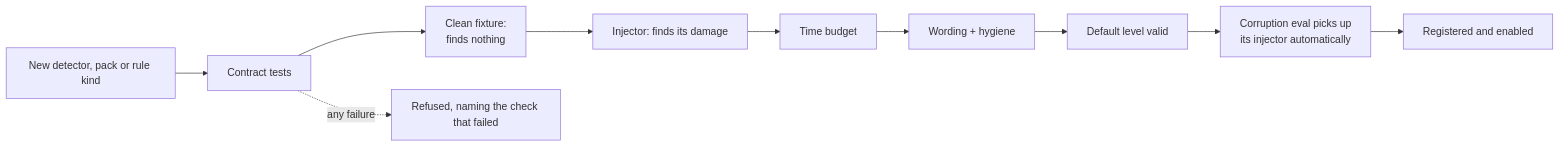
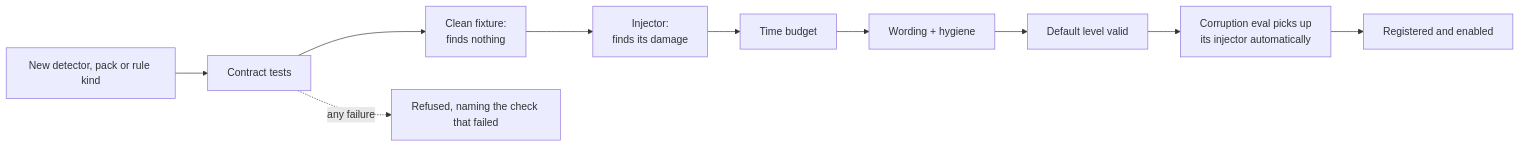
Before and after one commit to n1mk1/sherlock: diagram 12 of 16 in docs/plans/cleaner-detectors-and-severity.md, drawn with Mermaid. The commit also changed other lines of this file, not shown here.

````diff
--- a/docs/plans/cleaner-detectors-and-severity.md
+++ b/docs/plans/cleaner-detectors-and-severity.md
@@ -402,12 +546,12 @@
 ```mermaid
 flowchart LR
     N[New detector, pack or rule kind] --> T1[Contract tests]
-    T1 --> T2[Clean fixture:<br/>finds nothing]
-    T2 --> T3[Injector: finds its damage]
+    T1 --> T2["Clean fixture:<br/>finds nothing"]
+    T2 --> T3["Injector:<br/>finds its damage"]
     T3 --> T4[Time budget]
     T4 --> T5[Wording + hygiene]
     T5 --> T6[Default level valid]
-    T6 --> T7[Corruption eval picks up<br/>its injector automatically]
+    T6 --> T7["Corruption eval picks up<br/>its injector automatically"]
     T7 --> OK[Registered and enabled]
     T1 -. any failure .-> X[Refused, naming the check that failed]
 ```
````
